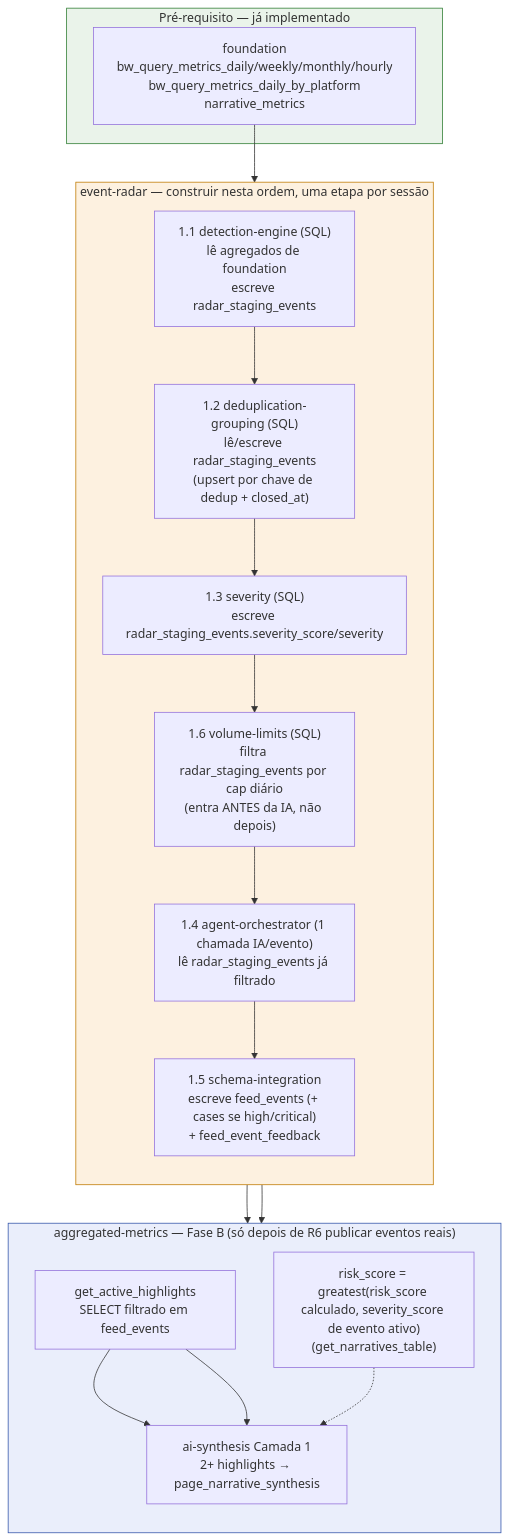
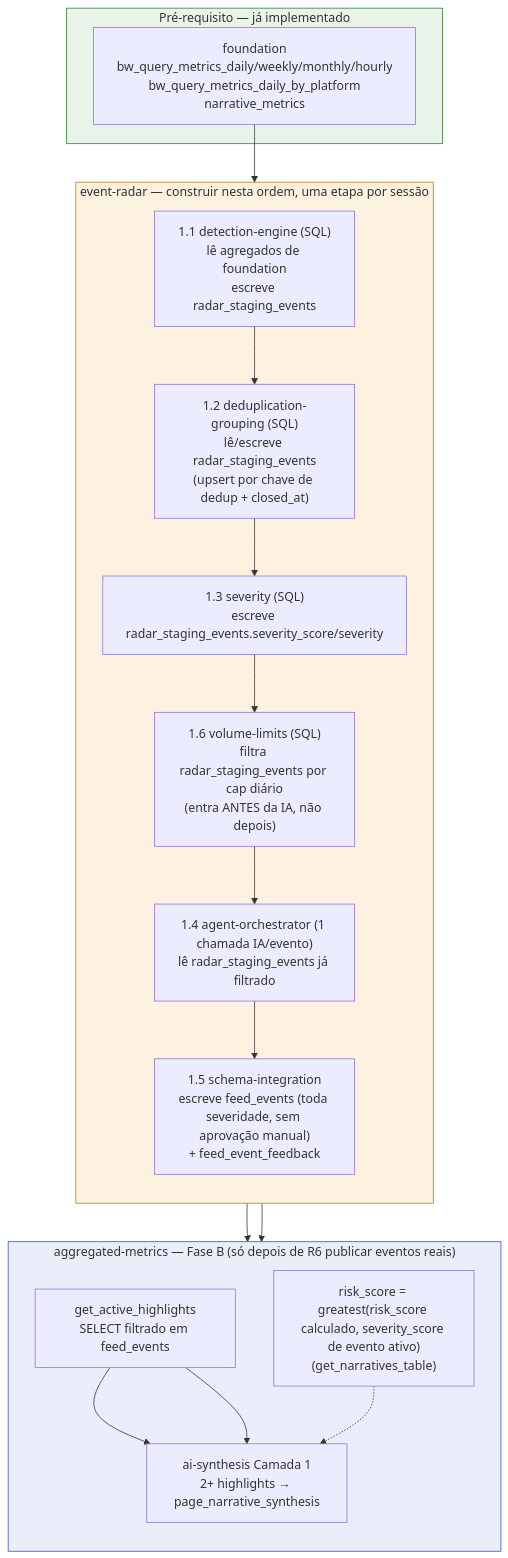
The first of 3 diagrams in .dev/specs/event-radar/fluxo-aggregated-metrics.md (reputationcustom/dev-reputation), drawn with Mermaid before and after one commit. The commit also changed other lines of this file and 8 other files, not shown here.

````diff
--- a/.dev/specs/event-radar/fluxo-aggregated-metrics.md
+++ b/.dev/specs/event-radar/fluxo-aggregated-metrics.md
@@ -32,35 +32,35 @@
 ```mermaid
 flowchart TD
     subgraph PRE["Pré-requisito — já implementado"]
         FOUND["foundation<br/>bw_query_metrics_daily/weekly/monthly/hourly<br/>bw_query_metrics_daily_by_platform<br/>narrative_metrics"]
     end
 
     subgraph RADAR["event-radar — construir nesta ordem, uma etapa por sessão"]
         direction TB
         R1["1.1 detection-engine (SQL)<br/>lê agregados de foundation<br/>escreve radar_staging_events"]
         R2["1.2 deduplication-grouping (SQL)<br/>lê/escreve radar_staging_events<br/>(upsert por chave de dedup + closed_at)"]
         R3["1.3 severity (SQL)<br/>escreve radar_staging_events.severity_score/severity"]
         R4["1.6 volume-limits (SQL)<br/>filtra radar_staging_events por cap diário<br/>(entra ANTES da IA, não depois)"]
         R5["1.4 agent-orchestrator (1 chamada IA/evento)<br/>lê radar_staging_events já filtrado"]
-        R6["1.5 schema-integration<br/>escreve feed_events (+ cases se high/critical)<br/>+ feed_event_feedback"]
+        R6["1.5 schema-integration<br/>escreve feed_events (toda severidade, sem aprovação manual)<br/>+ feed_event_feedback"]
         R1 --> R2 --> R3 --> R4 --> R5 --> R6
     end
 
     subgraph AGG["aggregated-metrics — Fase B (só depois de R6 publicar eventos reais)"]
         direction TB
         A1["get_active_highlights<br/>SELECT filtrado em feed_events"]
         A2["risk_score = greatest(risk_score calculado, severity_score de evento ativo)<br/>(get_narratives_table)"]
         A3["ai-synthesis Camada 1<br/>2+ highlights → page_narrative_synthesis"]
         A1 --> A3
         A2 -.-> A3
     end
 
     FOUND --> R1
     R6 --> A1
     R6 --> A2
     A1 --> A3
 
     style PRE fill:#eaf3ea,stroke:#2e7d32
     style RADAR fill:#fdf1e0,stroke:#c07a00
     style AGG fill:#eaeefb,stroke:#3355aa
 ```
````
